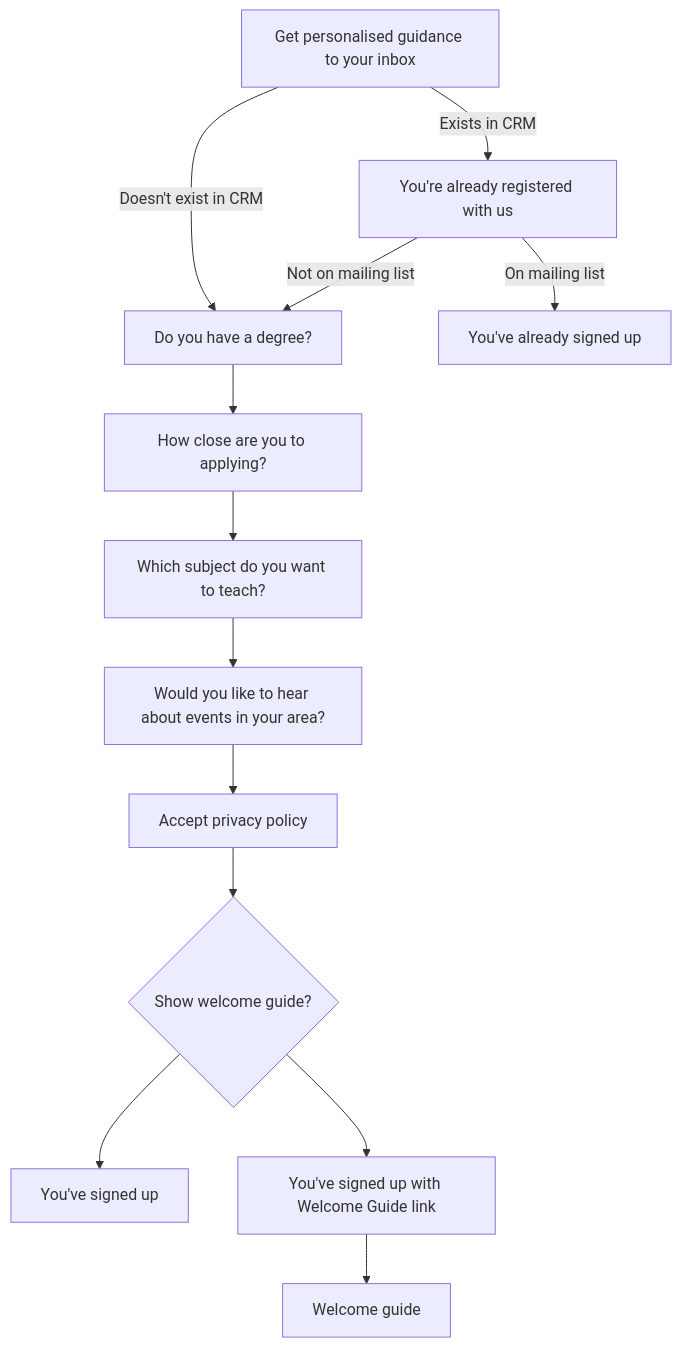
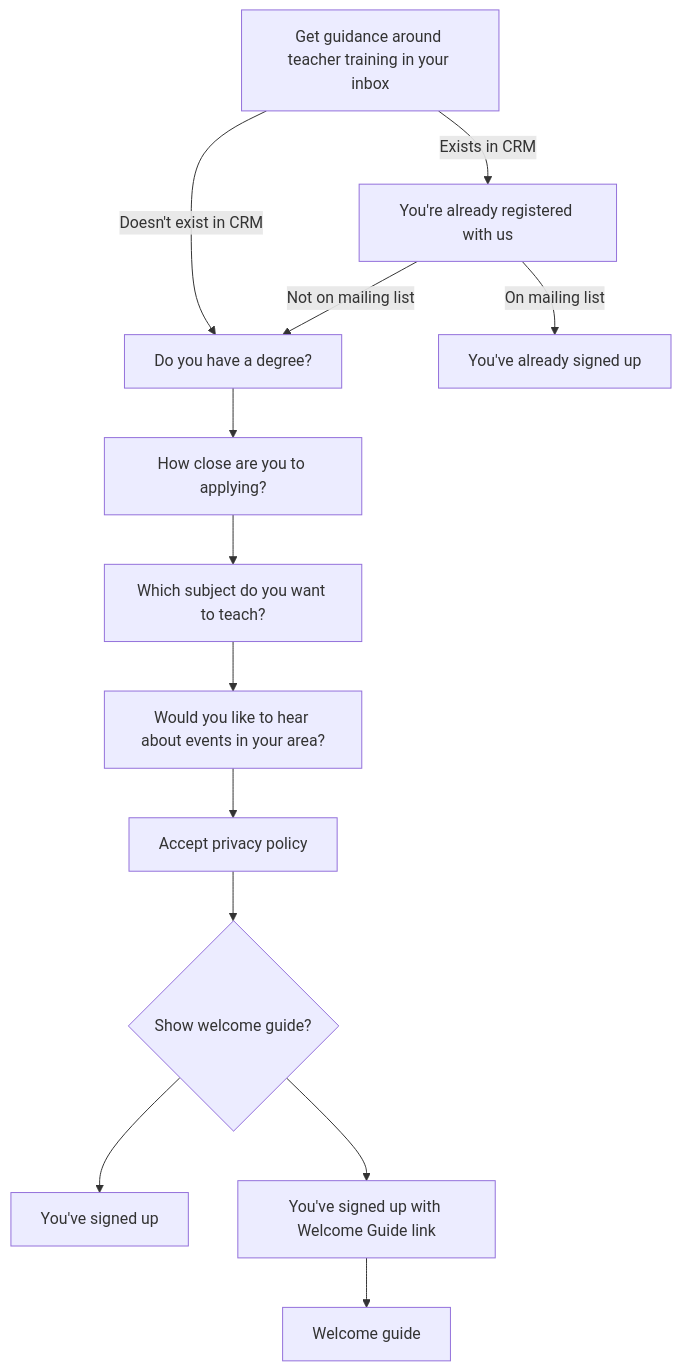
Before and after one commit to DFE-Digital/get-into-teaching-app: the diagram in docs/mailing-list-flow.md, drawn with Mermaid. The commit also changed 2 other files, not shown here.

Commit message:
Editing mailing list start page

````diff
--- a/docs/mailing-list-flow.md
+++ b/docs/mailing-list-flow.md
@@ -3,21 +3,21 @@
 ```mermaid
 graph TD;
-  name_and_email[Get personalised guidance to your inbox] -- Doesn't exist in CRM --> degree[Do you have a degree?]
+  name_and_email[Get guidance around teacher training in your inbox] -- Doesn't exist in CRM --> degree[Do you have a degree?]
   name_and_email -- Exists in CRM --> already_registered[You're already registered with us]
   
   already_registered -- Not on mailing list --> degree
   already_registered -- On mailing list --> signed_up_already[You've already signed up]
   degree --> journey_stage[How close are you to applying?]
   
   journey_stage --> subject[Which subject do you want to teach?]
   subject --> events[Would you like to hear about events in your area?]
   
   events --> privacy_policy[Accept privacy policy]
   
   privacy_policy --> show_welcome_guide{Show welcome guide?}
   
   show_welcome_guide --> signed_up_no_wg[You've signed up]  
   show_welcome_guide --> signed_up_wg[You've signed up with Welcome Guide link]  
   
   signed_up_wg --> welcome_guide[Welcome guide]
 ```
````
